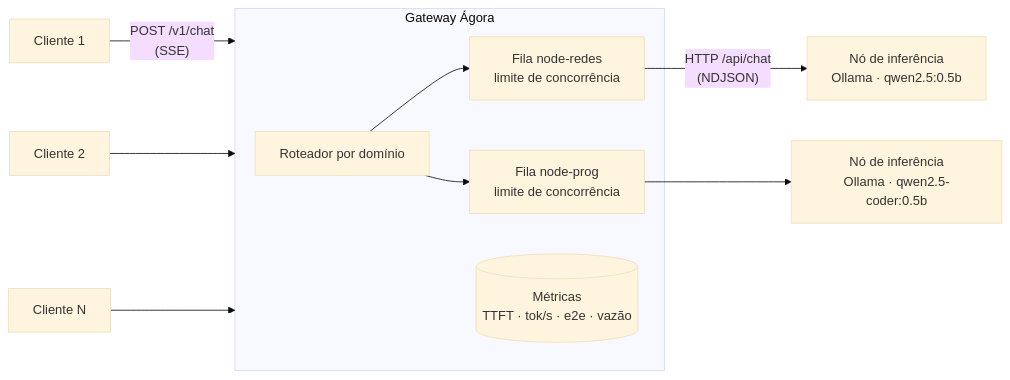
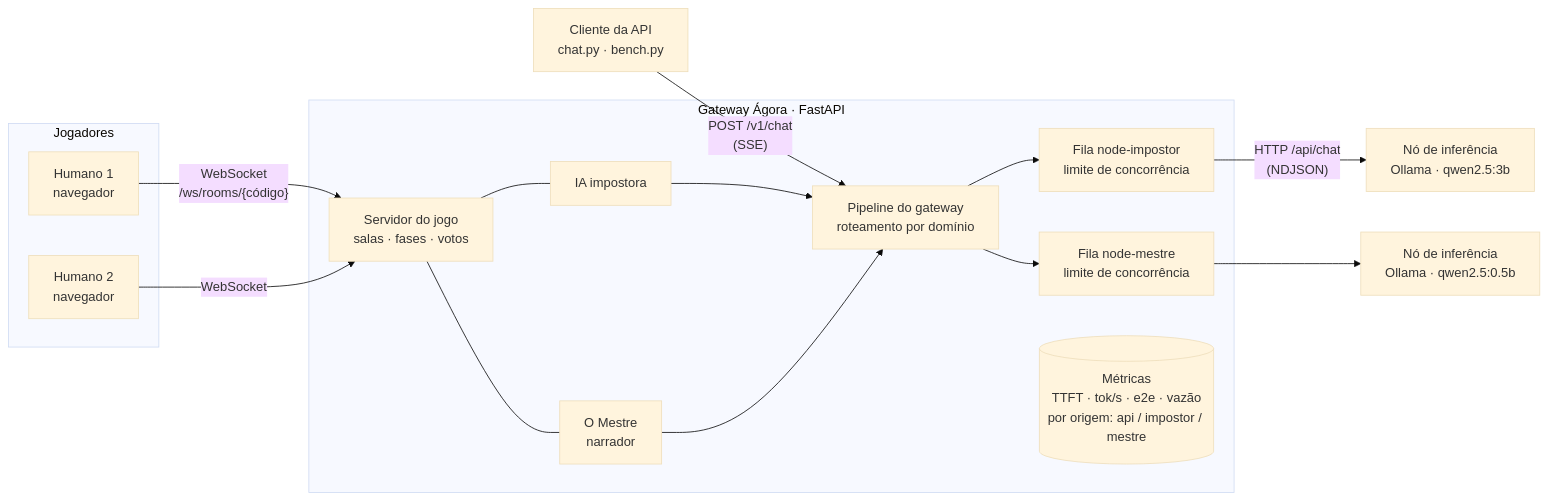
One commit to Mathemou/Agora---um-gateway-distribu-do-para-orquestrar-LLMs-abertos changed the diagram in README.md. Above: the diagram before and after it, drawn with Mermaid (base theme). The commit also changed other lines of this file and 28 other files, not shown here.

Commit message:
Mudança na prospota para um chat estilo jogo da imitação

````diff
--- a/README.md
+++ b/README.md
@@ -17,13 +33,25 @@
 ```mermaid
 flowchart LR
-    C1[Cliente 1] -- "POST /v1/chat<br/>(SSE)" --> GW
-    C2[Cliente 2] --> GW
-    C3[Cliente N] --> GW
-    subgraph GW[Gateway Ágora]
-        R[Roteador por domínio] --> Q1[Fila node-redes<br/>limite de concorrência]
-        R --> Q2[Fila node-prog<br/>limite de concorrência]
-        M[(Métricas<br/>TTFT · tok/s · e2e · vazão)]
+    subgraph Jogadores
+        H1[Humano 1<br/>navegador]
+        H2[Humano 2<br/>navegador]
     end
-    Q1 -- "HTTP /api/chat<br/>(NDJSON)" --> N1[Nó de inferência<br/>Ollama · qwen2.5:0.5b]
-    Q2 --> N2[Nó de inferência<br/>Ollama · qwen2.5-coder:0.5b]
+    API[Cliente da API<br/>chat.py · bench.py]
+    H1 -- "WebSocket<br/>/ws/rooms/{código}" --> GS
+    H2 -- WebSocket --> GS
+    API -- "POST /v1/chat<br/>(SSE)" --> P
+    subgraph GW[Gateway Ágora · FastAPI]
+        GS[Servidor do jogo<br/>salas · fases · votos]
+        AI[IA impostora]
+        ME[O Mestre<br/>narrador]
+        GS --- AI
+        GS --- ME
+        AI --> P
+        ME --> P
+        P[Pipeline do gateway<br/>roteamento por domínio] --> Q1[Fila node-impostor<br/>limite de concorrência]
+        P --> Q2[Fila node-mestre<br/>limite de concorrência]
+        M[(Métricas<br/>TTFT · tok/s · e2e · vazão<br/>por origem: api / impostor / mestre)]
+    end
+    Q1 -- "HTTP /api/chat<br/>(NDJSON)" --> N1[Nó de inferência<br/>Ollama · qwen2.5:3b]
+    Q2 --> N2[Nó de inferência<br/>Ollama · qwen2.5:0.5b]
 ```
````
